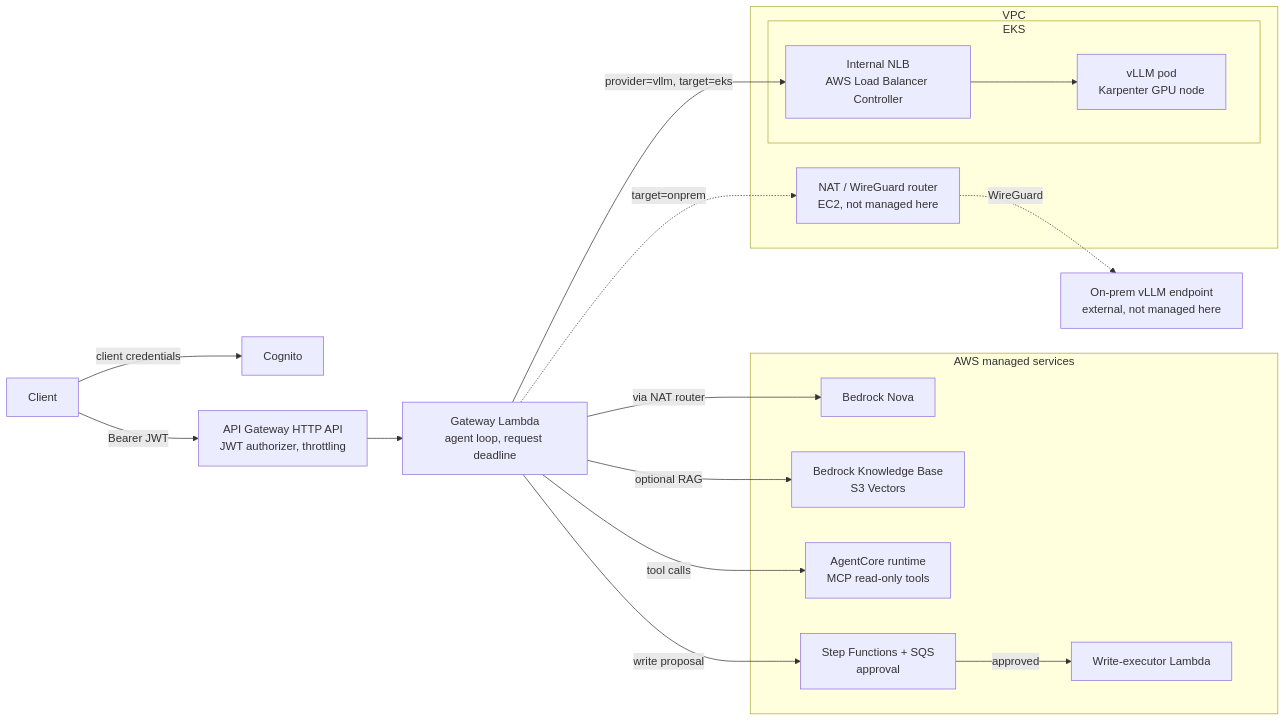
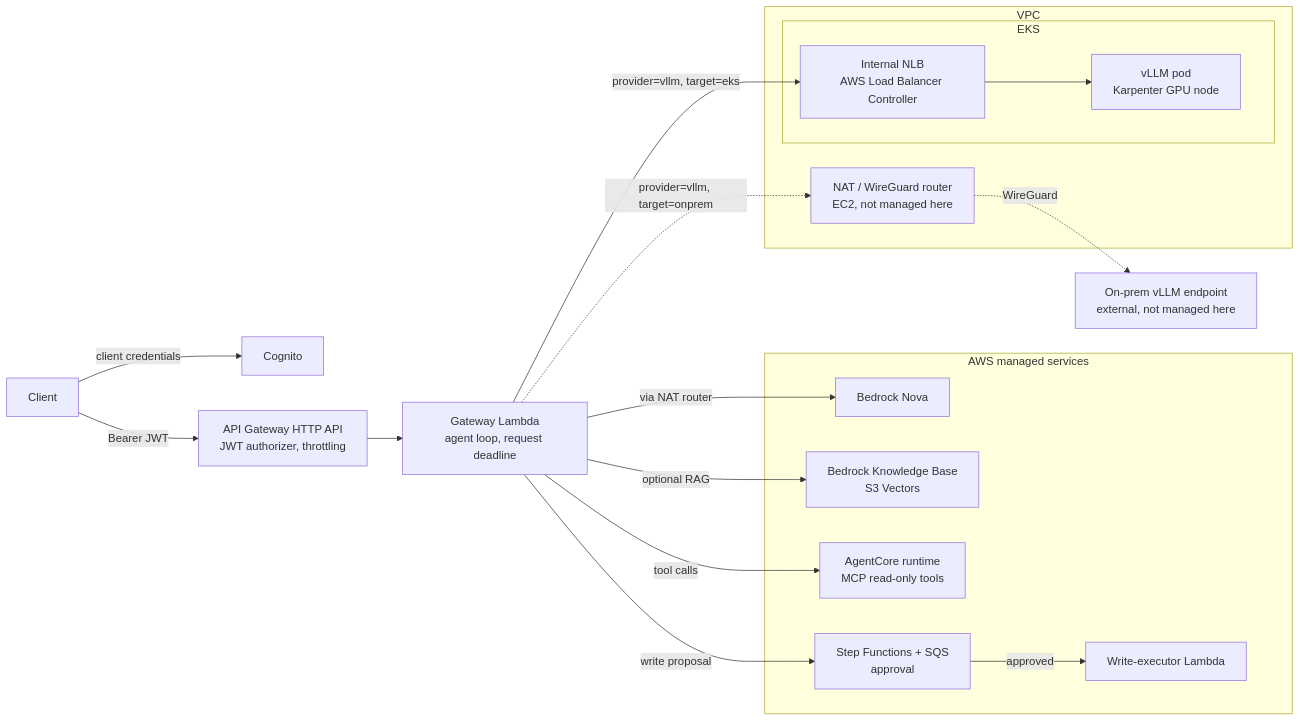
One commit to mohananarasimha/aws-ai-inference-platform changed the first of 2 diagrams in README.md. Above: the diagram before and after it, drawn with Mermaid. The commit also changed other lines of this file and 1 other file, not shown here.

Commit message:
docs: correct provider selection and on-prem inference documentation.

````diff
--- a/README.md
+++ b/README.md
@@ -18,31 +18,31 @@
 ```mermaid
 flowchart LR
   Client -->|client credentials| Cognito
   Client -->|Bearer JWT| APIGW[API Gateway HTTP API<br/>JWT authorizer, throttling]
   APIGW --> Lambda[Gateway Lambda<br/>agent loop, request deadline]
 
   subgraph AWS_managed[AWS managed services]
     Bedrock[Bedrock Nova]
     KB[Bedrock Knowledge Base<br/>S3 Vectors]
     MCP[AgentCore runtime<br/>MCP read-only tools]
     SFN[Step Functions + SQS<br/>approval]
     Exec[Write-executor Lambda]
   end
 
   Lambda -->|via NAT router| Bedrock
   Lambda -->|optional RAG| KB
   Lambda -->|tool calls| MCP
   Lambda -->|write proposal| SFN
   SFN -->|approved| Exec
 
   subgraph VPC[VPC]
     Router[NAT / WireGuard router<br/>EC2, not managed here]
     subgraph EKS[EKS]
       NLB[Internal NLB<br/>AWS Load Balancer Controller]
       VLLM[vLLM pod<br/>Karpenter GPU node]
     end
   end
 
   Lambda -->|provider=vllm, target=eks| NLB --> VLLM
-  Lambda -.->|target=onprem| Router -.->|WireGuard| OnPrem[On-prem vLLM endpoint<br/>external, not managed here]
+  Lambda -.->|provider=vllm, target=onprem| Router -.->|WireGuard| OnPrem[On-prem vLLM endpoint<br/>external, not managed here]
 ```
````
